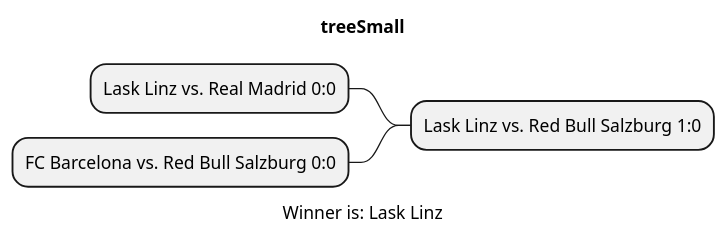
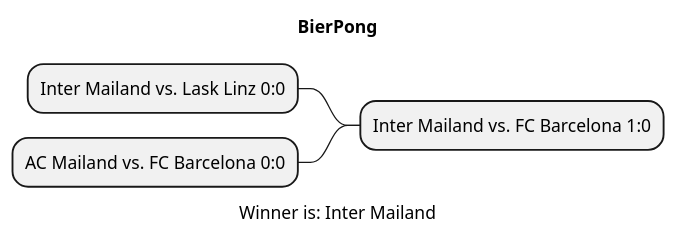
One commit to htl-leonding-project/2022-4ahif-autohaus changed the diagram in asciidocs/plantuml/Result.puml. Above: the diagram before and after it, drawn with PlantUML. The commit also changed 4 other files, not shown here.

```diff
--- a/asciidocs/plantuml/Result.puml
+++ b/asciidocs/plantuml/Result.puml
@@ -1,10 +1,10 @@
-@startmindmap treeSmall.png
-title treeSmall
+@startmindmap BierPong.png
+title BierPong
 
-- Lask Linz vs. Red Bull Salzburg 1:0
+- Inter Mailand vs. FC Barcelona 1:0
 
--- Lask Linz vs. Real Madrid 0:0
+-- Inter Mailand vs. Lask Linz 0:0
 
--- FC Barcelona vs. Red Bull Salzburg 0:0
-caption Winner is: Lask Linz
+-- AC Mailand vs. FC Barcelona 0:0
+caption Winner is: Inter Mailand
 @endmindmap
```
